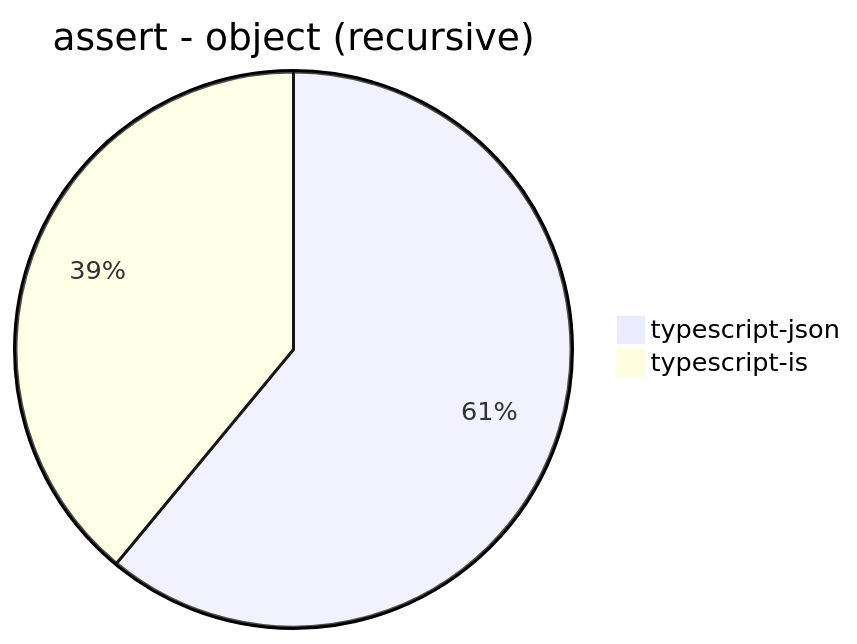
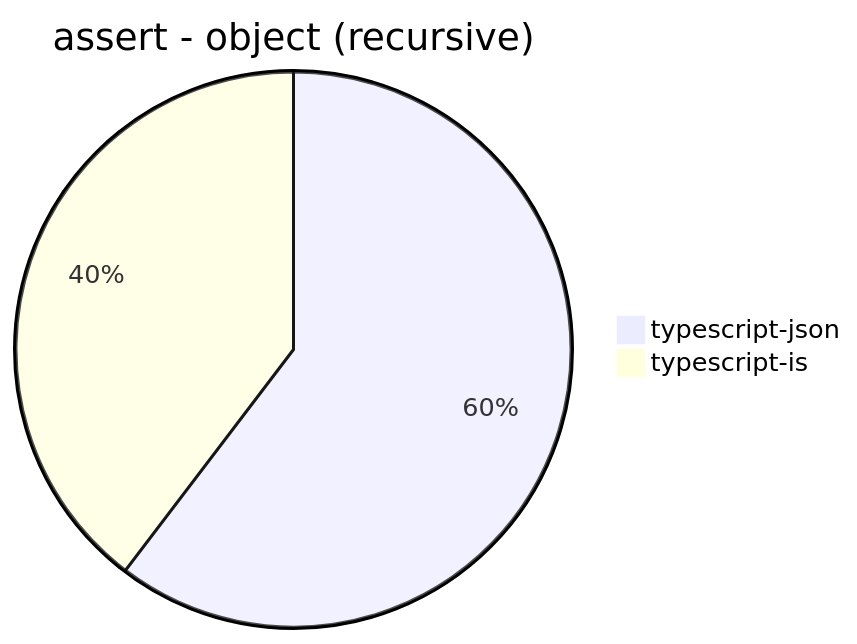
One commit to samchon/typia changed the second of 30 diagrams in benchmark/results/AMD Ryzen 7 5800H with Radeon Graphics         .md. Above: the diagram before and after it, drawn with Mermaid. The commit also changed other lines of this file, not shown here.

````diff
--- a/benchmark/results/AMD Ryzen 7 5800H with Radeon Graphics         .md
+++ b/benchmark/results/AMD Ryzen 7 5800H with Radeon Graphics         .md
@@ -24,5 +24,5 @@
 ```mermaid
 pie title assert - object (recursive)
-  "typescript-json": 36915.63823908639
-  "typescript-is": 23599.078341013825
+  "typescript-json": 32214.612708295183
+  "typescript-is": 21159.603742432584
 ```
````
